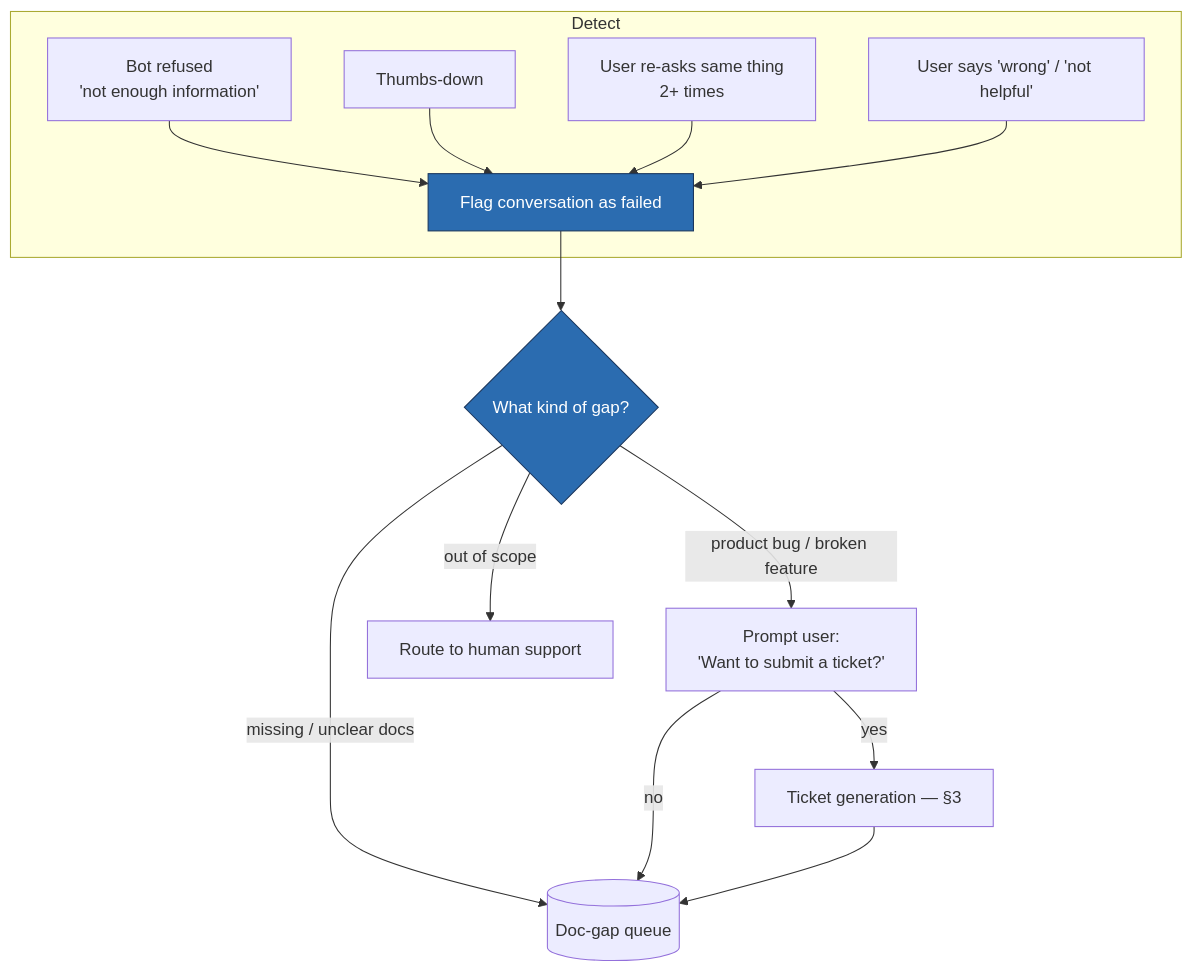
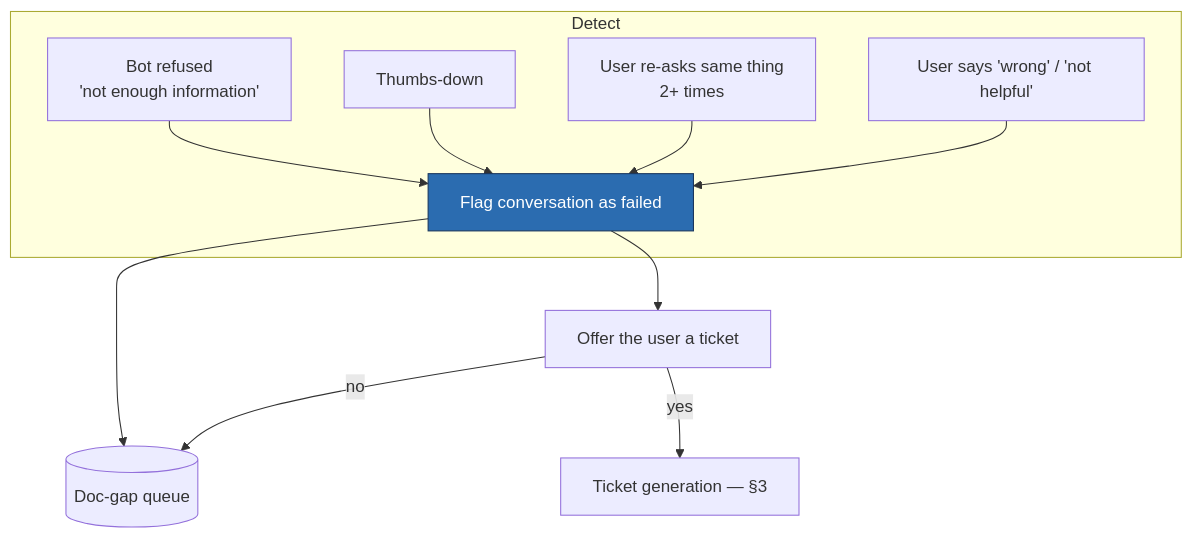
Before and after one commit to troymerales/sugbo-chatbot: the fourth of 11 diagrams in docs/SugboDoc-Chatbot-Flowchart.md, drawn with Mermaid. The commit also changed other lines of this file and 15 other files, not shown here.

````diff
--- a/docs/SugboDoc-Chatbot-Flowchart.md
+++ b/docs/SugboDoc-Chatbot-Flowchart.md
@@ -111,19 +112,15 @@
 ```mermaid
 flowchart TD
     subgraph Detect
         S1[Bot refused<br/>'not enough information'] --> FAIL
         S2[Thumbs-down] --> FAIL
         S3[User re-asks same thing<br/>2+ times] --> FAIL
         S4[User says 'wrong' / 'not helpful'] --> FAIL
     end
-    FAIL[Flag conversation as failed] --> TRIAGE{What kind of gap?}
-    TRIAGE -->|missing / unclear docs| Q[(Doc-gap queue)]
-    TRIAGE -->|product bug / broken feature| ASK[Prompt user:<br/>'Want to submit a ticket?']
-    TRIAGE -->|out of scope| HUMAN[Route to human support]
+    FAIL[Flag conversation as failed] --> Q[(Doc-gap queue)]
+    FAIL --> ASK[Offer the user a ticket]
     ASK -->|yes| GEN[Ticket generation — §3]
     ASK -->|no| Q
-    GEN --> Q
 
     style FAIL fill:#2b6cb0,stroke:#1a365d,color:#fff
-    style TRIAGE fill:#2b6cb0,stroke:#1a365d,color:#fff
 ```
````
